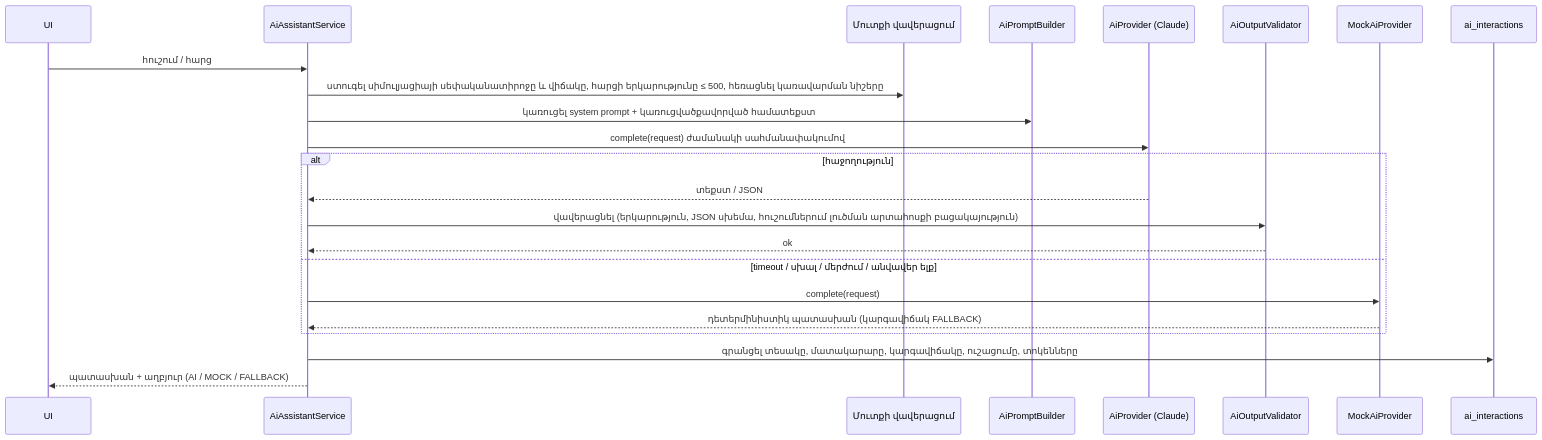
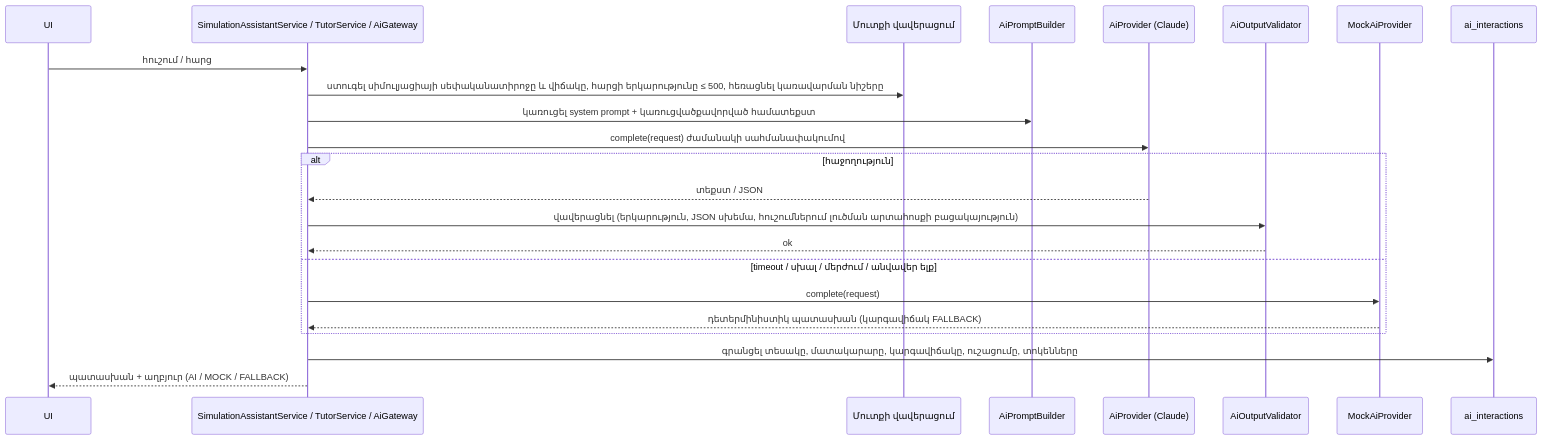
The second of 2 diagrams in docs/hy/09-ai-integration.md (baghdasaryanzenfira-spec/cyber-sim), drawn with Mermaid before and after one commit. The commit also changed other lines of this file and 61 other files, not shown here.

````diff
--- a/docs/hy/09-ai-integration.md
+++ b/docs/hy/09-ai-integration.md
@@ -86,25 +129,25 @@
 ```mermaid
 sequenceDiagram
   participant UI
-  participant S as AiAssistantService
+  participant S as SimulationAssistantService / TutorService / AiGateway
   participant V as Մուտքի վավերացում
   participant P as AiPromptBuilder
   participant AI as AiProvider (Claude)
   participant O as AiOutputValidator
   participant M as MockAiProvider
   participant L as ai_interactions
   UI->>S: հուշում / հարց
   S->>V: ստուգել սիմուլյացիայի սեփականատիրոջը և վիճակը, հարցի երկարությունը ≤ 500, հեռացնել կառավարման նիշերը
   S->>P: կառուցել system prompt + կառուցվածքավորված համատեքստ
   S->>AI: complete(request) ժամանակի սահմանափակումով
   alt հաջողություն
     AI-->>S: տեքստ / JSON
     S->>O: վավերացնել (երկարություն, JSON սխեմա, հուշումներում լուծման արտահոսքի բացակայություն)
     O-->>S: ok
   else timeout / սխալ / մերժում / անվավեր ելք
     S->>M: complete(request)
     M-->>S: դետերմինիստիկ պատասխան (կարգավիճակ FALLBACK)
   end
   S->>L: գրանցել տեսակը, մատակարարը, կարգավիճակը, ուշացումը, տոկենները
   S-->>UI: պատասխան + աղբյուր (AI / MOCK / FALLBACK)
 ```
````
